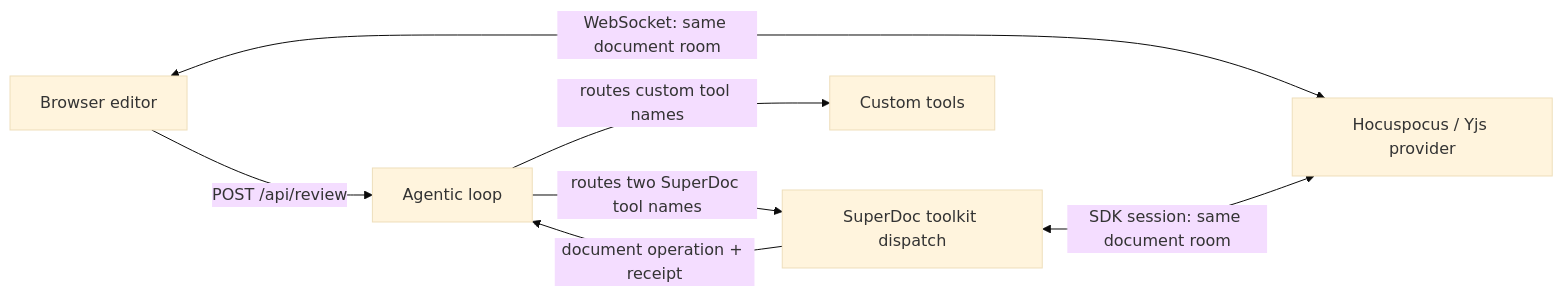
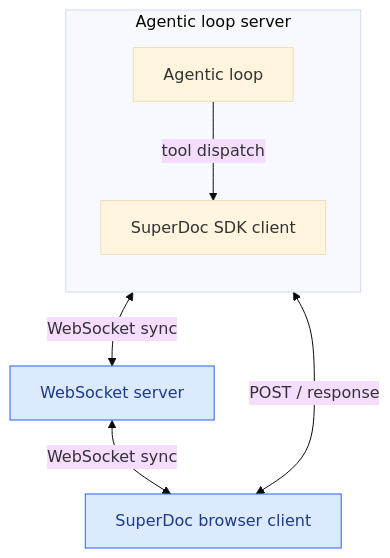
The diagram in README.md (mattConnHarbour/agent-harness-integration), drawn with Mermaid (base theme) before and after one commit. The commit also changed other lines of this file and 5 other files, not shown here.

````diff
--- a/README.md
+++ b/README.md
@@ -7,9 +7,20 @@
 ```mermaid
-flowchart LR
-  B[Browser editor] -->|POST /api/review| H[Agentic loop]
-  H -->|routes two SuperDoc tool names| D[SuperDoc toolkit dispatch]
-  H -->|routes custom tool names| L[Custom tools]
-  D -->|document operation + receipt| H
-  B <-->|WebSocket: same document room| C[Hocuspocus / Yjs provider]
-  D <-->|SDK session: same document room| C
+flowchart TD
+  webapp[SuperDoc browser client]
+
+  subgraph server[Agentic loop server]
+    direction TB
+    loop[Agentic loop]
+    client[SuperDoc SDK client]
+    loop -->|tool dispatch| client
+  end
+
+  ws[WebSocket server]
+
+  webapp <-->|POST / response| loop
+  client <-->|WebSocket sync| ws
+  ws <-->|WebSocket sync| webapp
+
+  classDef blue fill:#dbeafe,stroke:#2563eb,color:#1e3a8a
+  class webapp,ws blue
 ```
````
